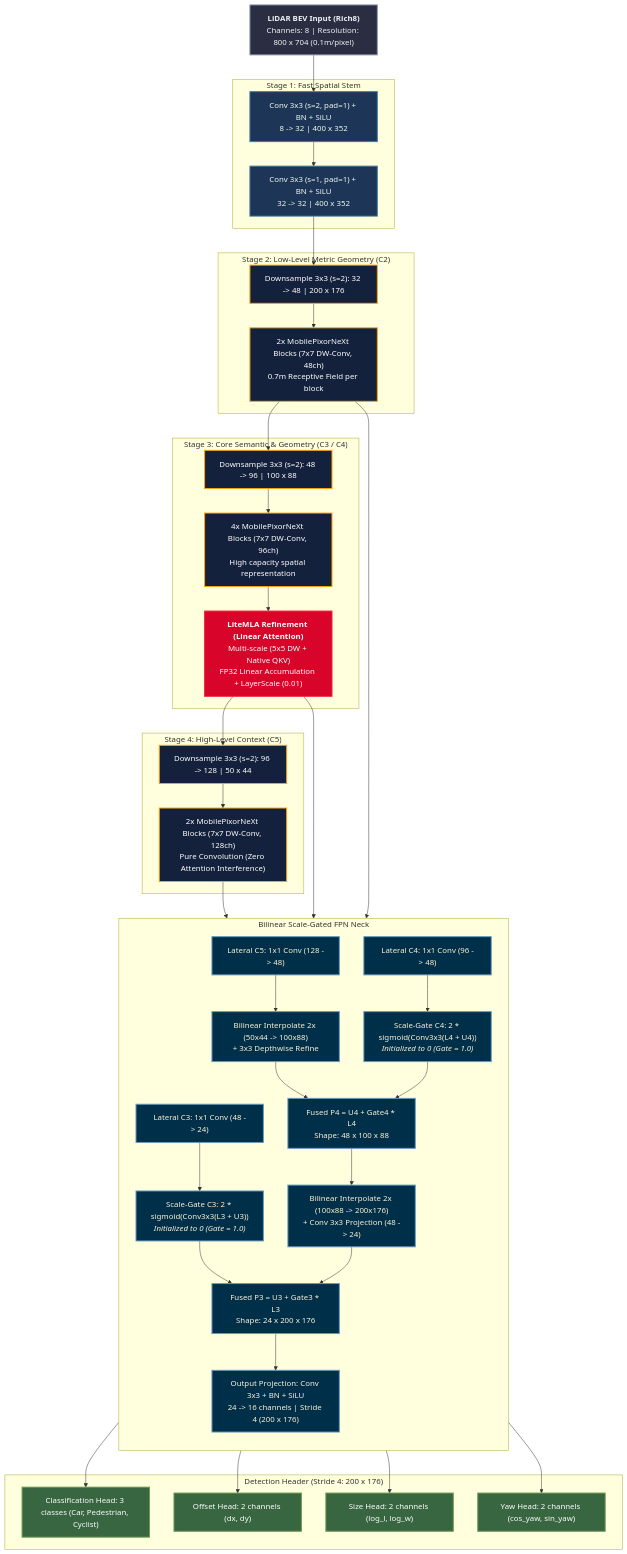
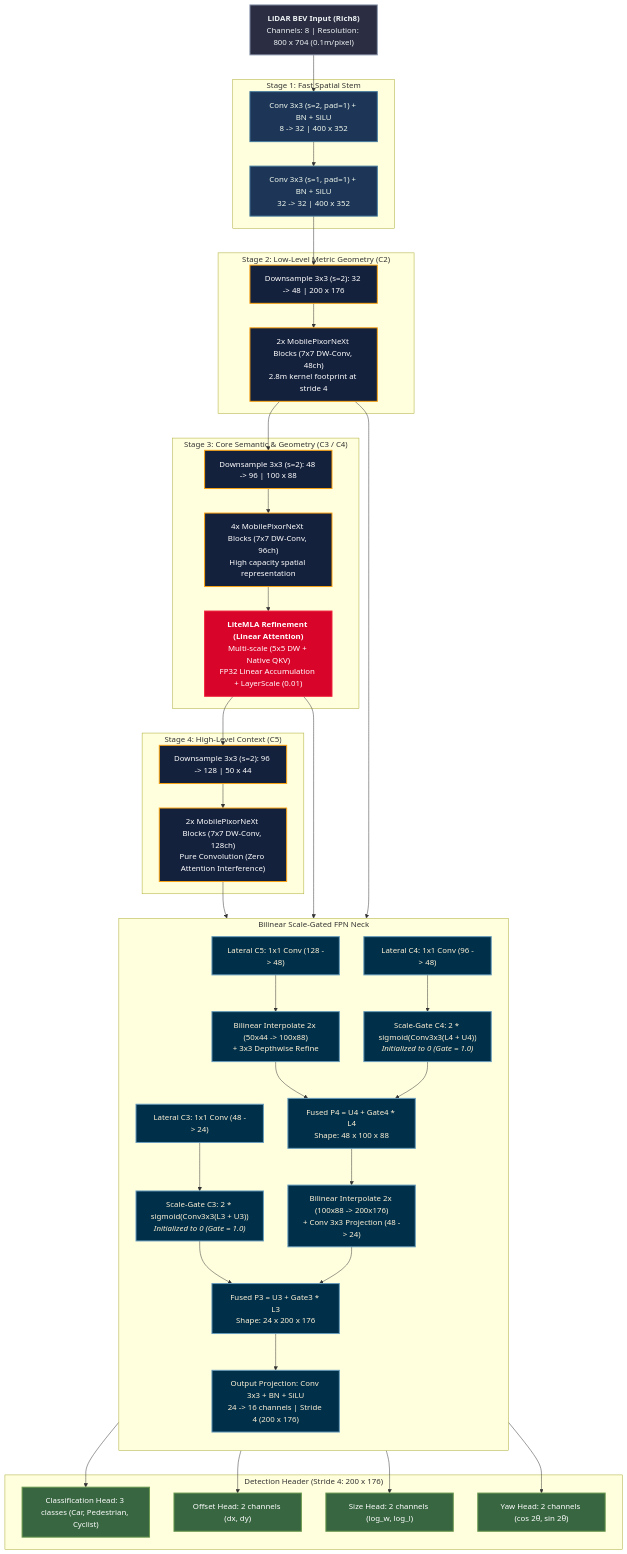
One commit to danhyoyo/Lidar changed the first of 2 diagrams in docs/mobilepixornext_architecture.md. Above: the diagram before and after it, drawn with Mermaid. The commit also changed other lines of this file and 21 other files, not shown here.

Commit message:
refactor: standardize MobilePixorNeXt naming

```diff
--- a/docs/mobilepixornext_architecture.md
+++ b/docs/mobilepixornext_architecture.md
@@ -25,7 +25,7 @@
     %% Stage 2
     subgraph STAGE2 ["Stage 2: Low-Level Metric Geometry (C2)"]
         D2["Downsample 3x3 (s=2): 32 -> 48 | 200 x 176"]:::stageStyle
-        B2["2x MobilePixorNeXt Blocks (7x7 DW-Conv, 48ch)<br/>0.7m Receptive Field per block"]:::stageStyle
+        B2["2x MobilePixorNeXt Blocks (7x7 DW-Conv, 48ch)<br/>2.8m kernel footprint at stride 4"]:::stageStyle
         D2 --> B2
     end
     S2 --> D2
@@ -82,8 +82,8 @@
     subgraph HEADS ["Detection Header (Stride 4: 200 x 176)"]
         H_CLS["Classification Head: 3 classes (Car, Pedestrian, Cyclist)"]:::headStyle
         H_OFF["Offset Head: 2 channels (dx, dy)"]:::headStyle
-        H_SIZ["Size Head: 2 channels (log_l, log_w)"]:::headStyle
-        H_YAW["Yaw Head: 2 channels (cos_yaw, sin_yaw)"]:::headStyle
+        H_SIZ["Size Head: 2 channels (log_w, log_l)"]:::headStyle
+        H_YAW["Yaw Head: 2 channels (cos 2θ, sin 2θ)"]:::headStyle
     end
 
     OUT_PROJ --> H_CLS
```
